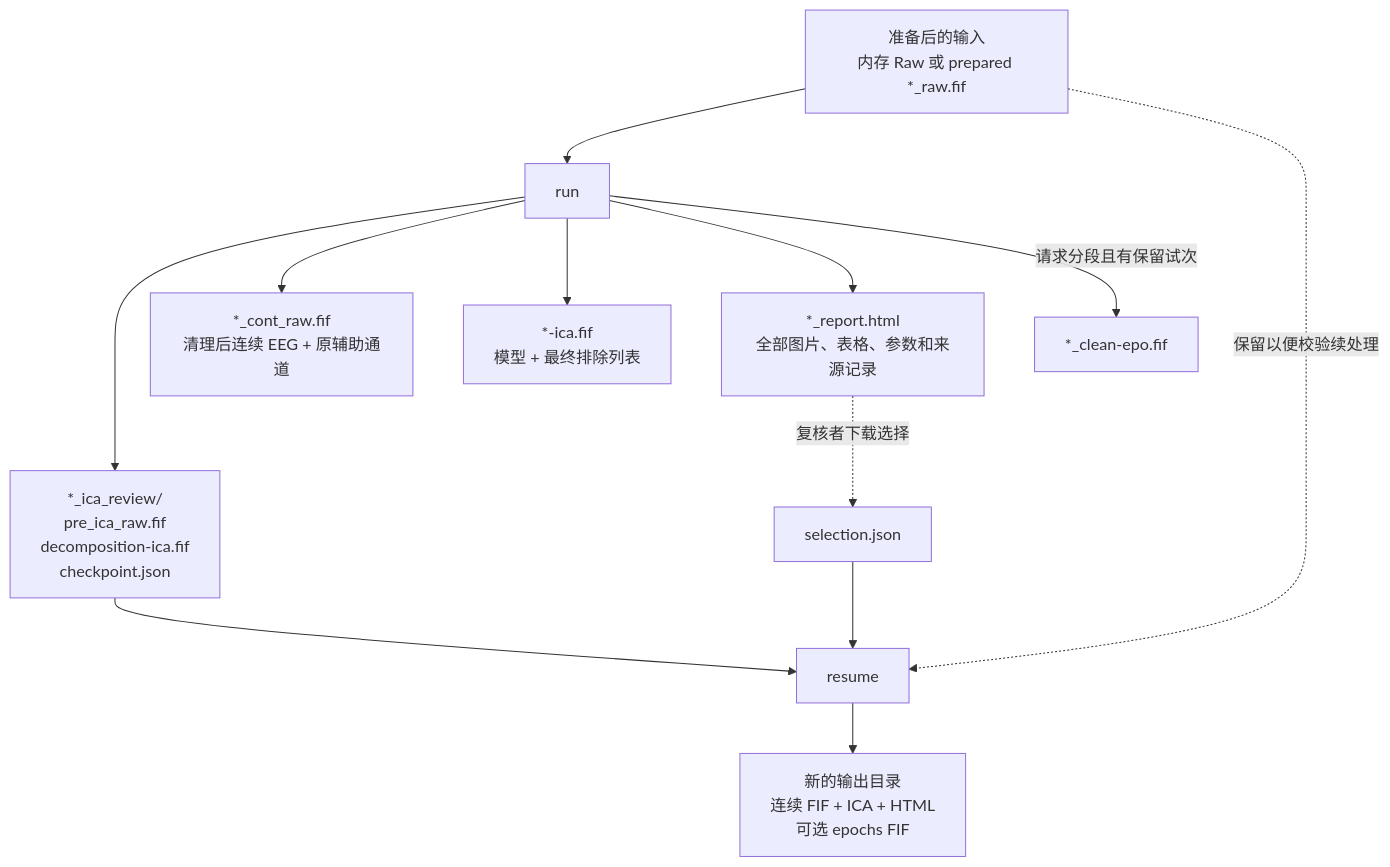
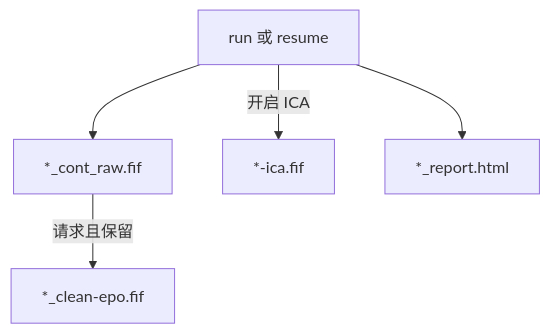
The tenth of 11 diagrams in docs/zh-CN/workflow.md (LeiGuo0812/eegproc), drawn with Mermaid before and after one commit. The commit also changed other lines of this file and 3 other files, not shown here.

Commit message:
docs: split workflow diagrams into individual processing steps

````diff
--- a/docs/zh-CN/workflow.md
+++ b/docs/zh-CN/workflow.md
@@ -93,16 +285,14 @@
 ```mermaid
 flowchart TB
-    accTitle: Input and output files
-    accDescr: Top-down sequence of processing, review decisions, or delivered files.
-    IN["准备后的输入<br/>内存 Raw 或 prepared *_raw.fif"] --> RUN["run"]
-    IN -.->|保留以便校验续处理| RESUME["resume"]
-    RUN --> CP["*_ica_review/<br/>pre_ica_raw.fif<br/>decomposition-ica.fif<br/>checkpoint.json"]
-    CP --> RESUME
-    RUN --> CONT["*_cont_raw.fif<br/>清理后连续 EEG + 原辅助通道"]
-    RUN --> MODEL["*-ica.fif<br/>模型 + 最终排除列表"]
-    RUN --> REPORT["*_report.html<br/>全部图片、表格、参数和来源记录"]
-    RUN -->|请求分段且有保留试次| EPO["*_clean-epo.fif"]
-    REPORT -.->|复核者下载选择| SEL["selection.json"]
-    SEL --> RESUME
-    RESUME --> NEW["新的输出目录<br/>连续 FIF + ICA + HTML<br/>可选 epochs FIF"]
+    accTitle: 交付结果文件
+    accDescr: 每个结果文件各占一个节点；请求且保留的分段由连续结果产生。
+    completed_run["run 或 resume"]
+    continuous_file["*_cont_raw.fif"]
+    ica_file["*-ica.fif"]
+    report_file["*_report.html"]
+    epoch_file["*_clean-epo.fif"]
+    completed_run --> continuous_file
+    completed_run -->|开启 ICA| ica_file
+    completed_run --> report_file
+    continuous_file -->|请求且保留| epoch_file
 ```
````
